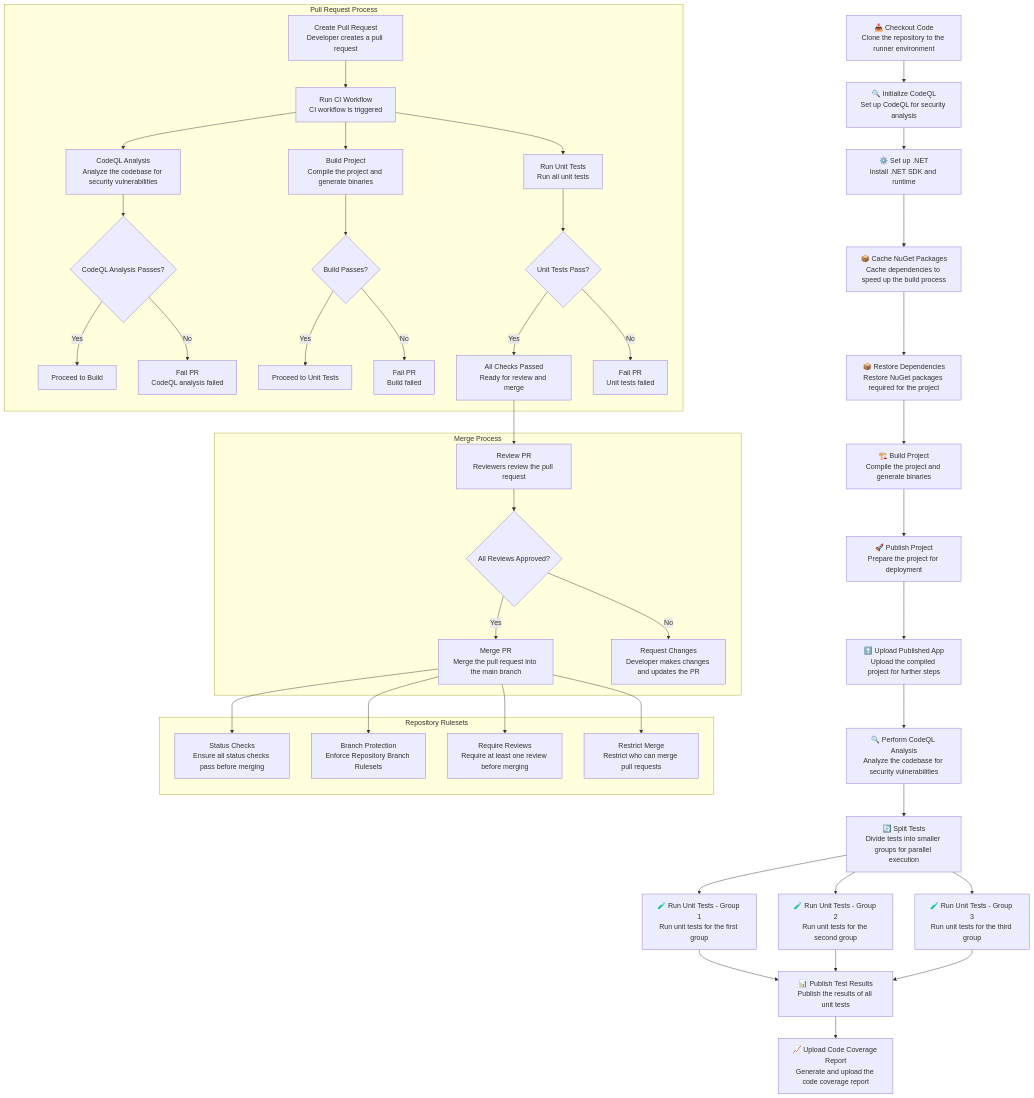
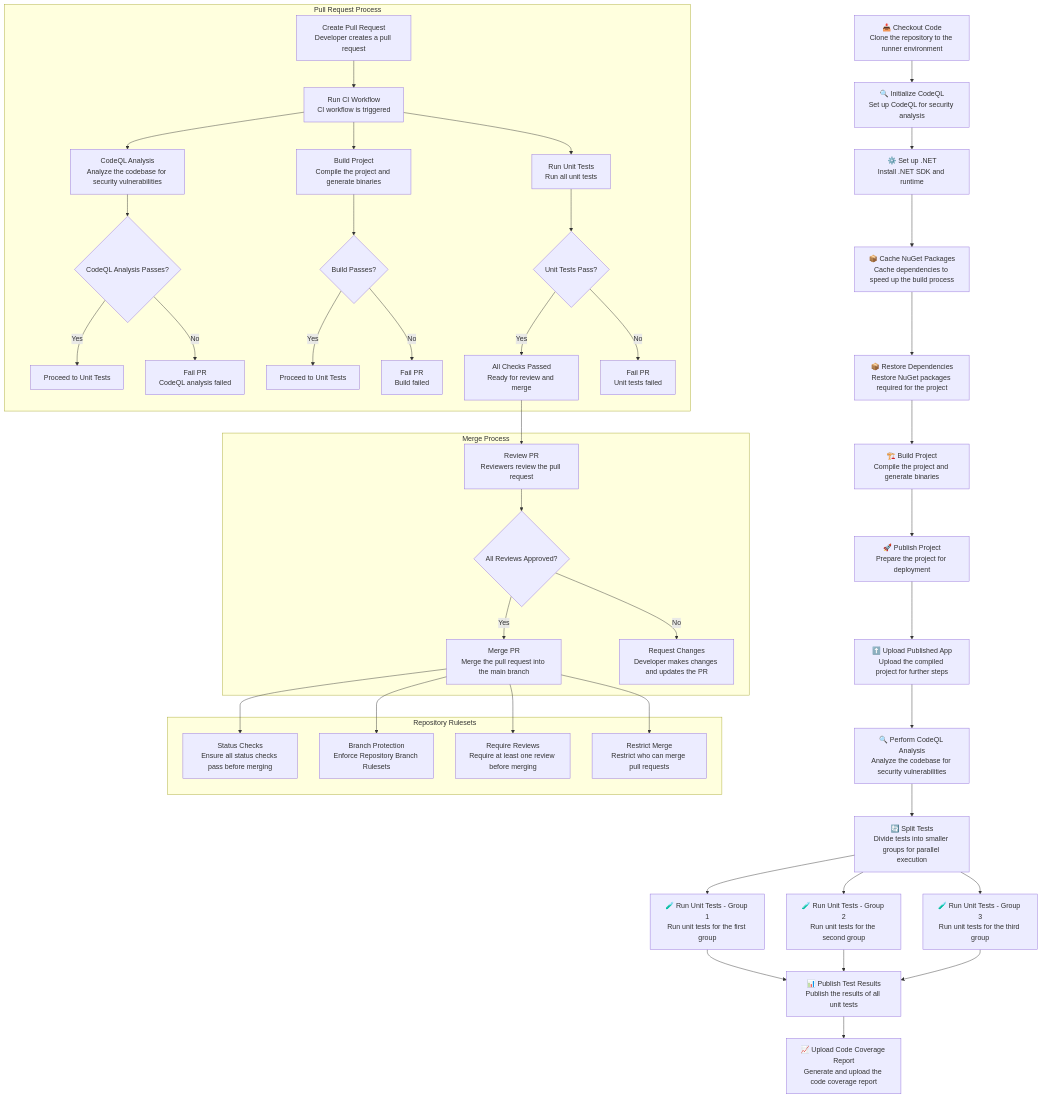
One commit to octodemo/dotnet-razor-pages-movie changed the first of 2 diagrams in README.md. Above: the diagram before and after it, drawn with Mermaid.

Commit message:
Update README.md to correct workflow step from "Proceed to Build" to "Proceed to Unit Tests"

````diff
--- a/README.md
+++ b/README.md
@@ -42,54 +42,54 @@
 ```mermaid
 graph TD
     A[📥 Checkout Code<br>Clone the repository to the runner environment] --> B[🔍 Initialize CodeQL<br>Set up CodeQL for security analysis]
     B --> C[⚙️ Set up .NET<br>Install .NET SDK and runtime]
     C --> D[📦 Cache NuGet Packages<br>Cache dependencies to speed up the build process]
     D --> E[📦 Restore Dependencies<br>Restore NuGet packages required for the project]
     E --> F[🏗️ Build Project<br>Compile the project and generate binaries]
     F --> G[🚀 Publish Project<br>Prepare the project for deployment]
     G --> H[⬆️ Upload Published App<br>Upload the compiled project for further steps]
     H --> I[🔍 Perform CodeQL Analysis<br>Analyze the codebase for security vulnerabilities]
     I --> J[🔄 Split Tests<br>Divide tests into smaller groups for parallel execution]
     J --> K1[🧪 Run Unit Tests - Group 1<br>Run unit tests for the first group]
     J --> K2[🧪 Run Unit Tests - Group 2<br>Run unit tests for the second group]
     J --> K3[🧪 Run Unit Tests - Group 3<br>Run unit tests for the third group]
     K1 --> L[📊 Publish Test Results<br>Publish the results of all unit tests]
     K2 --> L
     K3 --> L
     L --> M[📈 Upload Code Coverage Report<br>Generate and upload the code coverage report]
 
     subgraph Pull Request Process
         N[Create Pull Request<br>Developer creates a pull request] --> O[Run CI Workflow<br>CI workflow is triggered]
         O --> P[CodeQL Analysis<br>Analyze the codebase for security vulnerabilities]
         O --> Q[Build Project<br>Compile the project and generate binaries]
         O --> R[Run Unit Tests<br>Run all unit tests]
         P --> S{CodeQL Analysis Passes?}
-        S -- Yes --> T[Proceed to Build]
+        S -- Yes --> T[Proceed to Unit Tests]
         S -- No --> U[Fail PR<br>CodeQL analysis failed]
         Q --> V{Build Passes?}
         V -- Yes --> W[Proceed to Unit Tests]
         V -- No --> X[Fail PR<br>Build failed]
         R --> Y{Unit Tests Pass?}
         Y -- Yes --> Z[All Checks Passed<br>Ready for review and merge]
         Y -- No --> AA[Fail PR<br>Unit tests failed]
     end
 
     subgraph Merge Process
         AB[Review PR<br>Reviewers review the pull request] --> AC{All Reviews Approved?}
         AC -- Yes --> AD[Merge PR<br>Merge the pull request into the main branch]
         AC -- No --> AE[Request Changes<br>Developer makes changes and updates the PR]
     end
 
     subgraph Repository Rulesets
         AF[Status Checks<br>Ensure all status checks pass before merging]
         AG[Branch Protection<br>Enforce Repository Branch Rulesets]
         AH[Require Reviews<br>Require at least one review before merging]
         AI[Restrict Merge<br>Restrict who can merge pull requests]
     end
 
     Z --> AB
     AD --> AF
     AD --> AG
     AD --> AH
     AD --> AI
 ```
````
